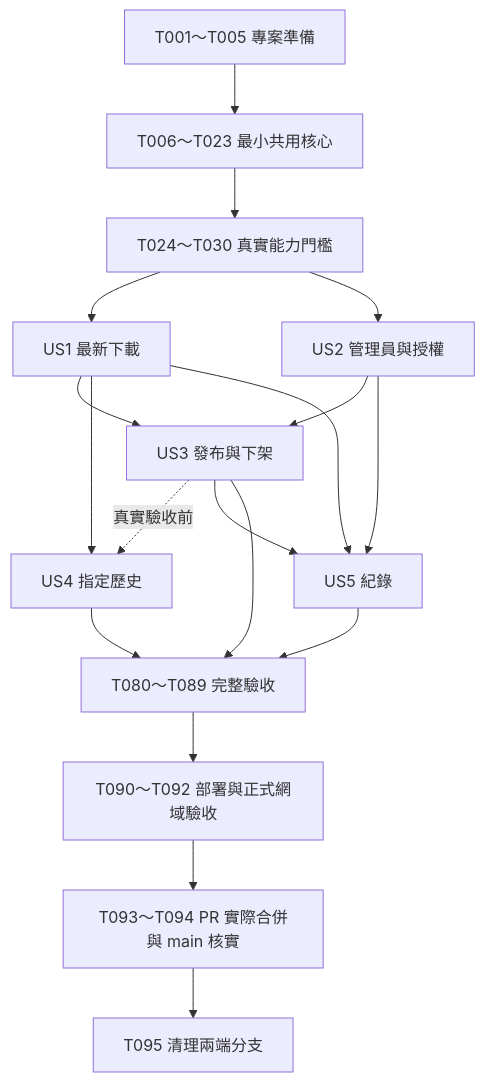
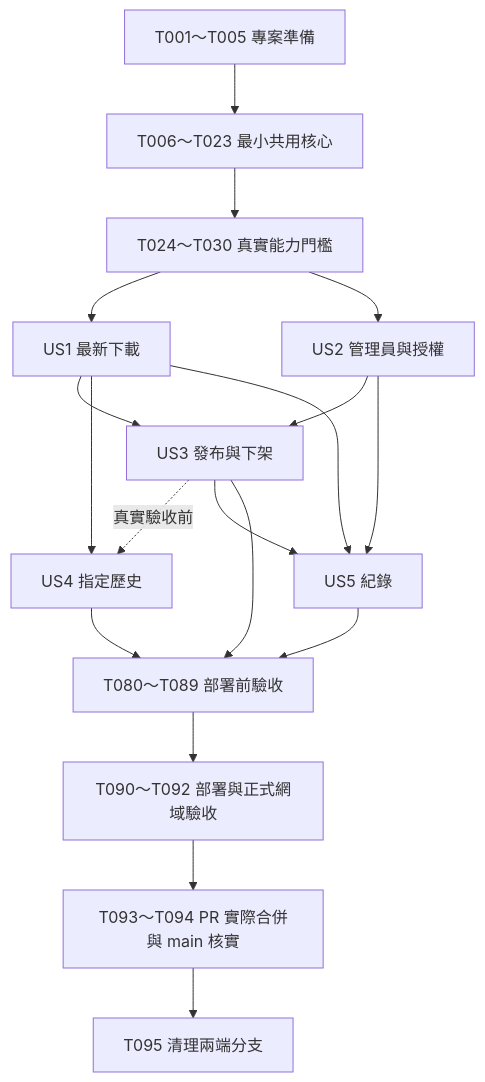
Before and after one commit to jkes109152/realms-world: the diagram in specs/001-realms-world-downloads/tasks.md, drawn with Mermaid. The commit also changed other lines of this file and 11 other files, not shown here.

````diff
--- a/specs/001-realms-world-downloads/tasks.md
+++ b/specs/001-realms-world-downloads/tasks.md
@@ -235,20 +235,20 @@
 ```mermaid
 flowchart TD
     Setup["T001～T005 專案準備"] --> Core["T006～T023 最小共用核心"]
     Core --> G0["T024～T030 真實能力門檻"]
     G0 --> U1["US1 最新下載"]
     G0 --> U2["US2 管理員與授權"]
     U2 --> U3["US3 發布與下架"]
     U1 --> U3
     U1 --> U4["US4 指定歷史"]
     U3 -.->|真實驗收前| U4
     U1 --> U5["US5 紀錄"]
     U2 --> U5
     U3 --> U5
-    U3 --> Verify["T080～T089 完整驗收"]
+    U3 --> Verify["T080～T089 部署前驗收"]
     U4 --> Verify
     U5 --> Verify
     Verify --> Release["T090～T092 部署與正式網域驗收"]
     Release --> Merge["T093～T094 PR 實際合併與 main 核實"]
     Merge --> Cleanup["T095 清理兩端分支"]
 ```
````
